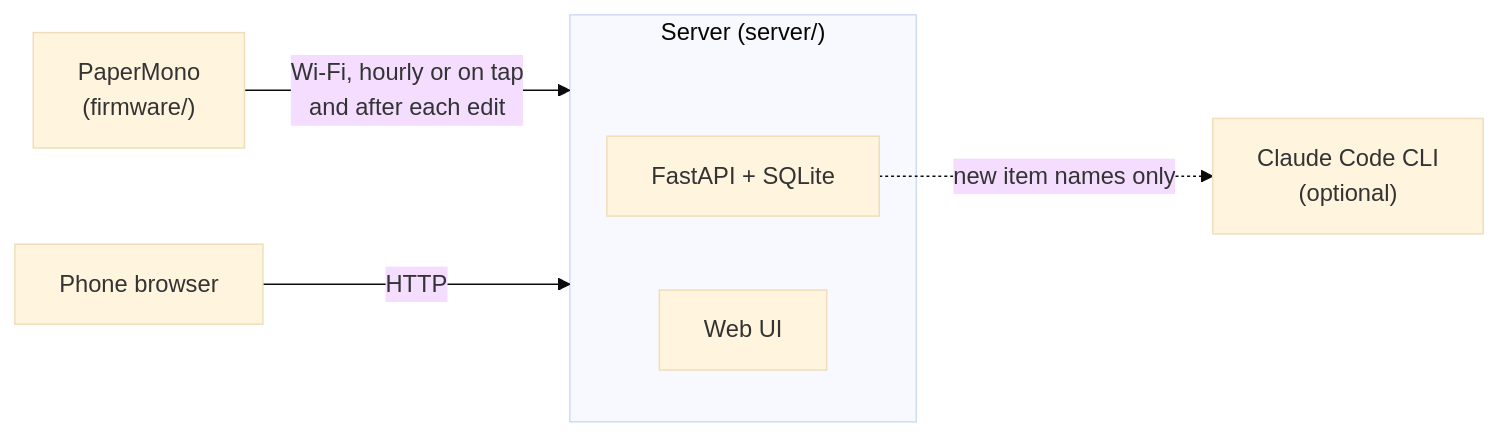
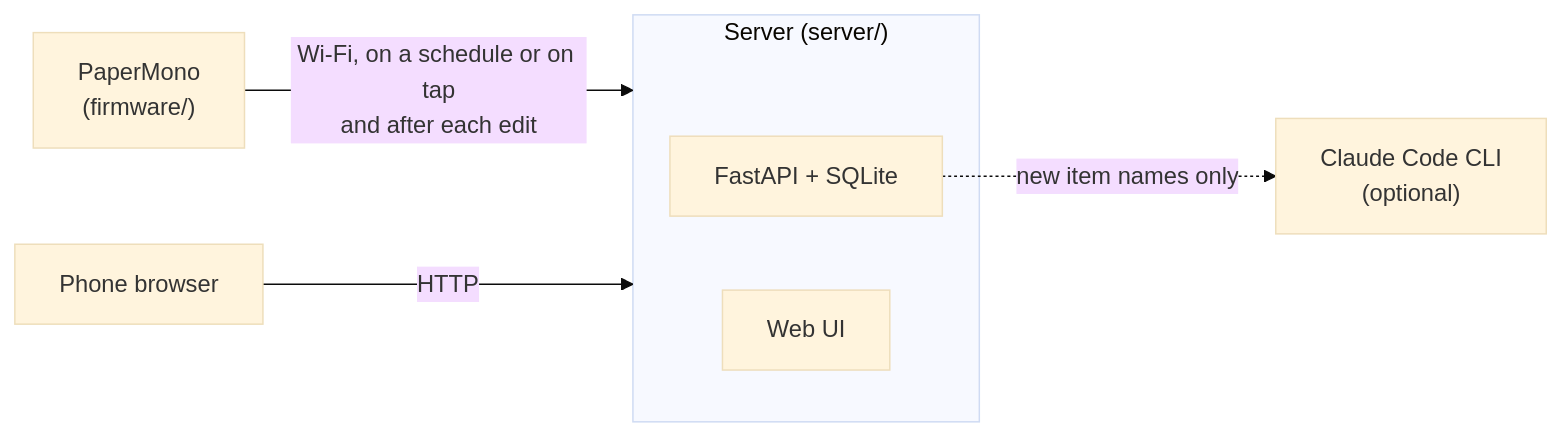
Before and after one commit to astra-intelligence/papermono-shopping-list: the diagram in README.md, drawn with Mermaid (base theme). The commit also changed other lines of this file and 23 other files, not shown here.

````diff
--- a/README.md
+++ b/README.md
@@ -55,10 +56,10 @@
 ```mermaid
 flowchart LR
-    device["PaperMono<br/>(firmware/)"] -- "Wi-Fi, hourly or on tap<br/>and after each edit" --> server
+    device["PaperMono<br/>(firmware/)"] -- "Wi-Fi, on a schedule or on tap<br/>and after each edit" --> server
     phone["Phone browser"] -- HTTP --> server
     subgraph server["Server (server/)"]
         api["FastAPI + SQLite"]
         web["Web UI"]
     end
     api -. "new item names only" .-> claude["Claude Code CLI<br/>(optional)"]
 ```
````
